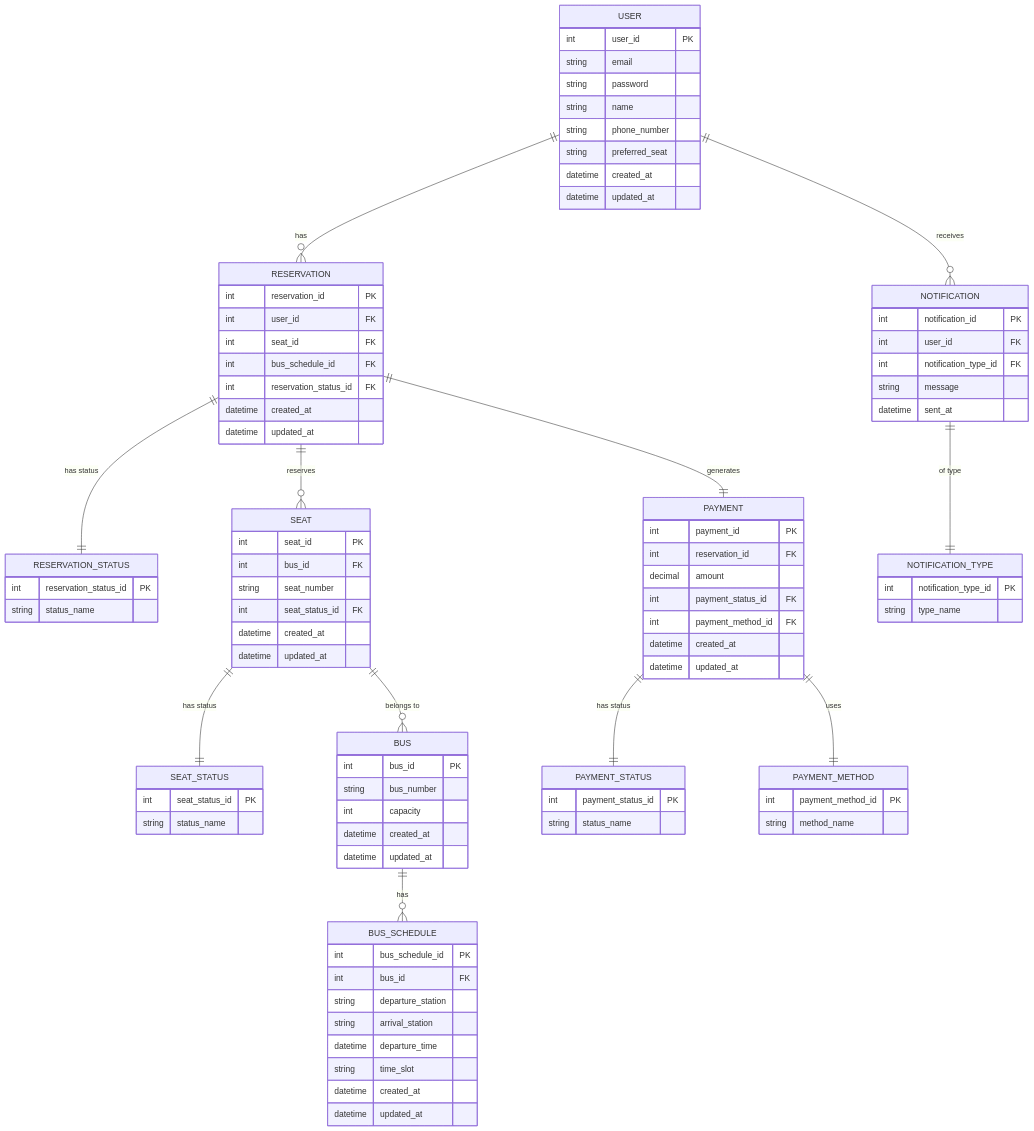
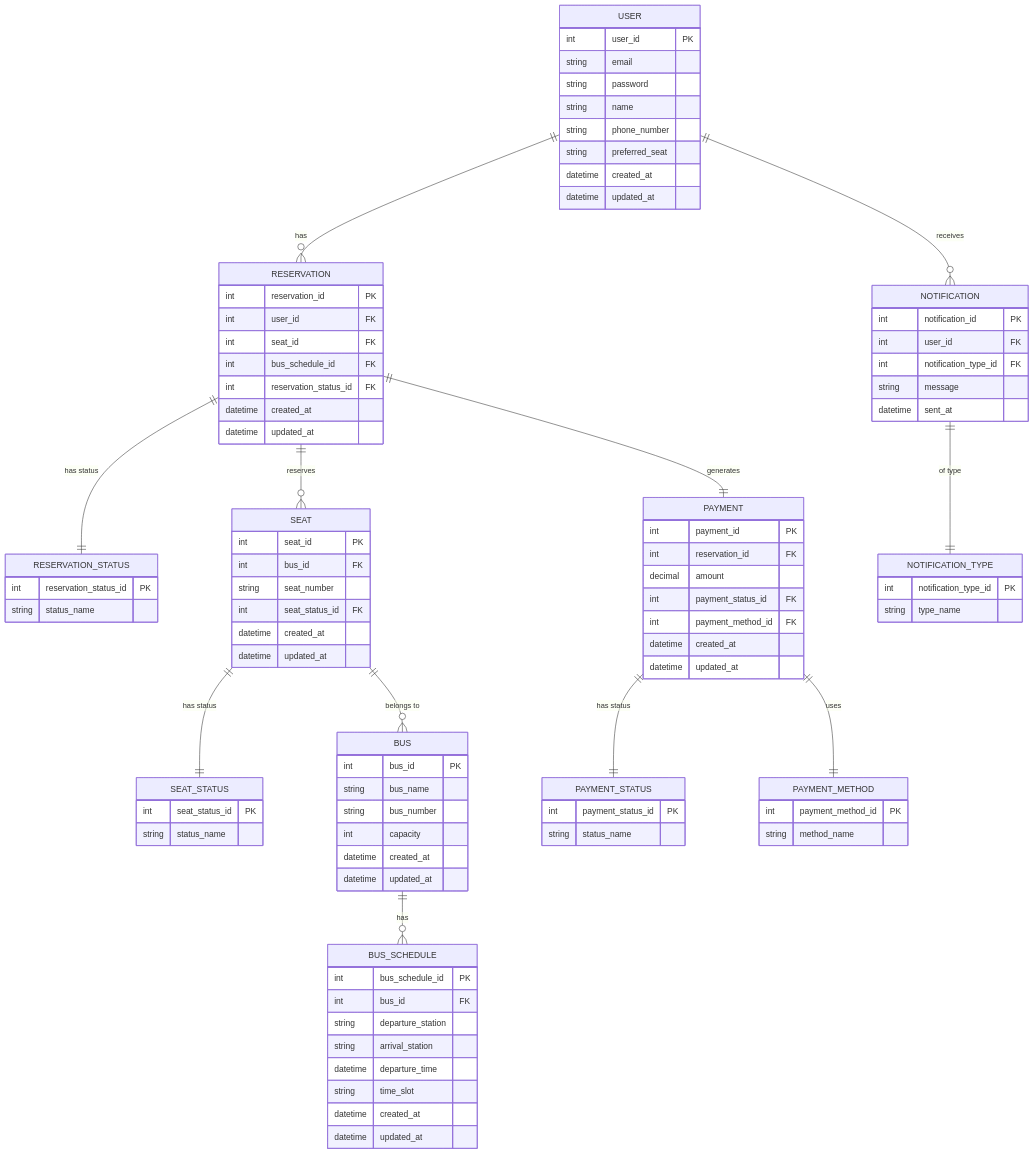
Before and after one commit to hsjni0110/ReservationSystem: the diagram in docs/ERD.md, drawn with Mermaid. The commit also changed 6 other files, not shown here.

```diff
--- a/docs/ERD.md
+++ b/docs/ERD.md
@@ -45,6 +45,7 @@
 
     BUS {
         int bus_id PK
+        string bus_name
         string bus_number
         int capacity
         datetime created_at
```
